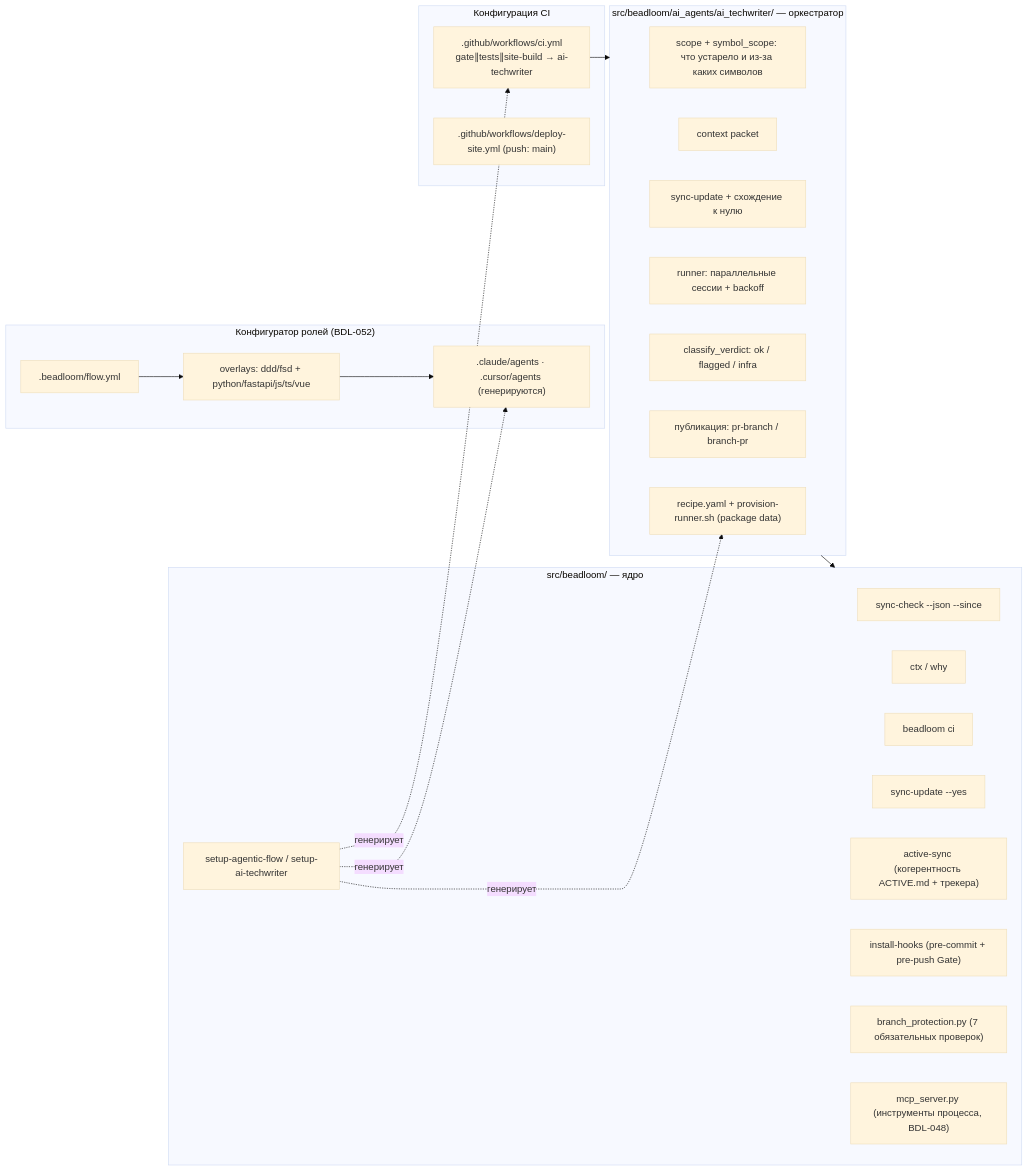
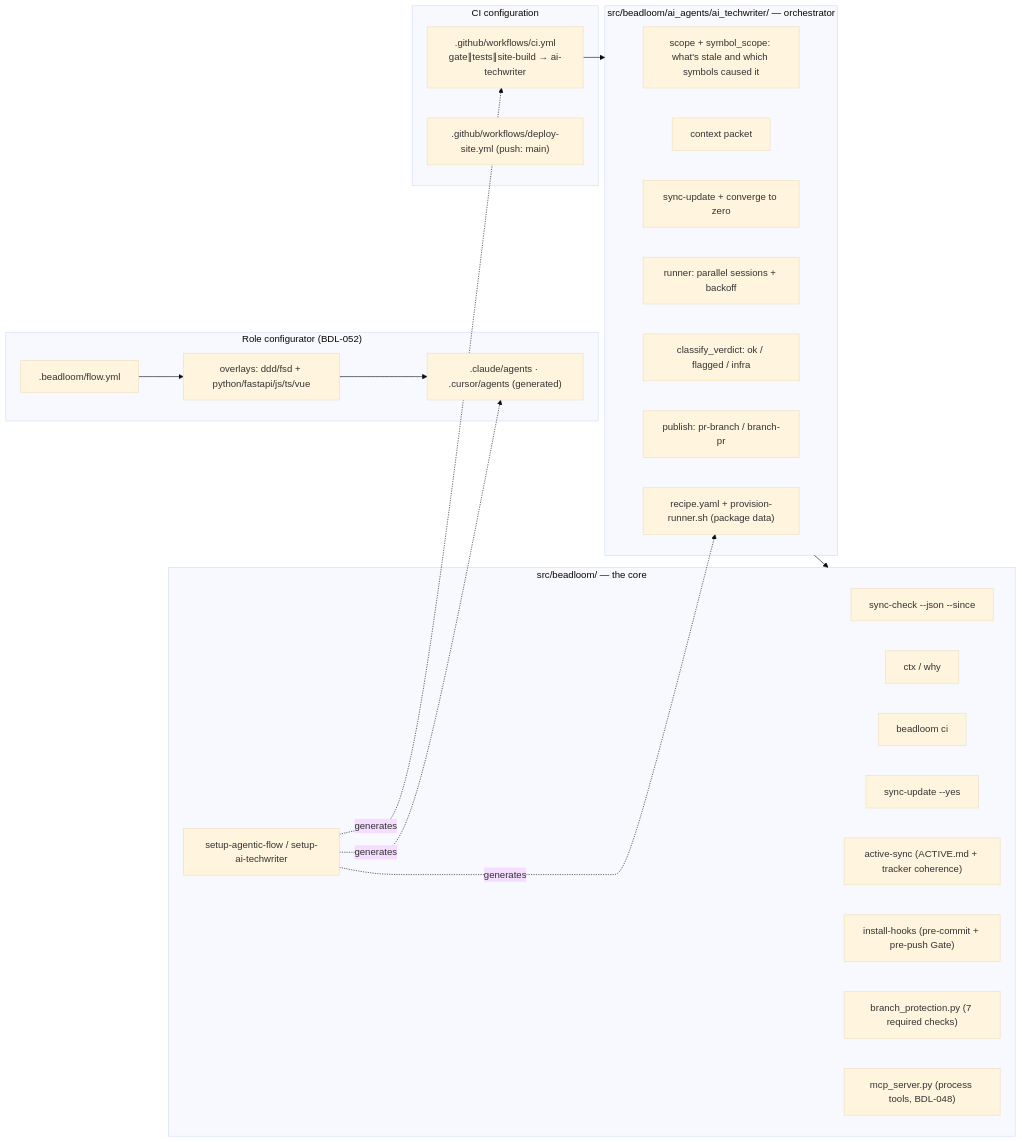
One commit to zoologov/beadloom changed the fourth of 10 diagrams in docs/guides/multi-agent-development.md. Above: the diagram before and after it, drawn with Mermaid (base theme). The commit also changed other lines of this file and 134 other files, not shown here.

First line of the commit message:
[BDL-056] docs: README en/ru to data-core thesis + bilingual agent guide; untrack generated site/ (.2)

````diff
--- a/docs/guides/multi-agent-development.md
+++ b/docs/guides/multi-agent-development.md
@@ -233,42 +235,42 @@
 ```mermaid
 flowchart LR
-  subgraph CORE["src/beadloom/ — ядро"]
+  subgraph CORE["src/beadloom/ — the core"]
     SYNC["sync-check --json --since"]
     CTX["ctx / why"]
     CI_GATE["beadloom ci"]
     MARK["sync-update --yes"]
-    ACTIVE["active-sync (когерентность ACTIVE.md + трекера)"]
+    ACTIVE["active-sync (ACTIVE.md + tracker coherence)"]
     SETUP["setup-agentic-flow / setup-ai-techwriter"]
     HOOKS["install-hooks (pre-commit + pre-push Gate)"]
-    BP["branch_protection.py (7 обязательных проверок)"]
-    MCP["mcp_server.py (инструменты процесса, BDL-048)"]
+    BP["branch_protection.py (7 required checks)"]
+    MCP["mcp_server.py (process tools, BDL-048)"]
   end
 
-  subgraph AIAGENTS["src/beadloom/ai_agents/ai_techwriter/ — оркестратор"]
-    H_SCOPE["scope + symbol_scope: что устарело и из-за каких символов"]
+  subgraph AIAGENTS["src/beadloom/ai_agents/ai_techwriter/ — orchestrator"]
+    H_SCOPE["scope + symbol_scope: what's stale and which symbols caused it"]
     H_PKT["context packet"]
-    H_LOOP["sync-update + схождение к нулю"]
-    H_RUN["runner: параллельные сессии + backoff"]
+    H_LOOP["sync-update + converge to zero"]
+    H_RUN["runner: parallel sessions + backoff"]
     H_VERDICT["classify_verdict: ok / flagged / infra"]
-    H_PUB["публикация: pr-branch / branch-pr"]
+    H_PUB["publish: pr-branch / branch-pr"]
     H_RECIPE["recipe.yaml + provision-runner.sh (package data)"]
   end
 
-  subgraph FLOWCFG["Конфигуратор ролей (BDL-052)"]
+  subgraph FLOWCFG["Role configurator (BDL-052)"]
     FLOW[".beadloom/flow.yml"]
     OVERLAYS["overlays: ddd/fsd + python/fastapi/js/ts/vue"]
-    ADAPT[".claude/agents · .cursor/agents (генерируются)"]
+    ADAPT[".claude/agents · .cursor/agents (generated)"]
   end
 
-  subgraph CI["Конфигурация CI"]
+  subgraph CI["CI configuration"]
     GH_YML[".github/workflows/ci.yml<br/>gate∥tests∥site-build → ai-techwriter"]
     GH_DEPLOY[".github/workflows/deploy-site.yml (push: main)"]
   end
 
   GH_YML --> AIAGENTS
   AIAGENTS --> CORE
   FLOW --> OVERLAYS --> ADAPT
-  SETUP -.->|генерирует| GH_YML
-  SETUP -.->|генерирует| ADAPT
-  SETUP -.->|генерирует| H_RECIPE
+  SETUP -.->|generates| GH_YML
+  SETUP -.->|generates| ADAPT
+  SETUP -.->|generates| H_RECIPE
 ```
````
